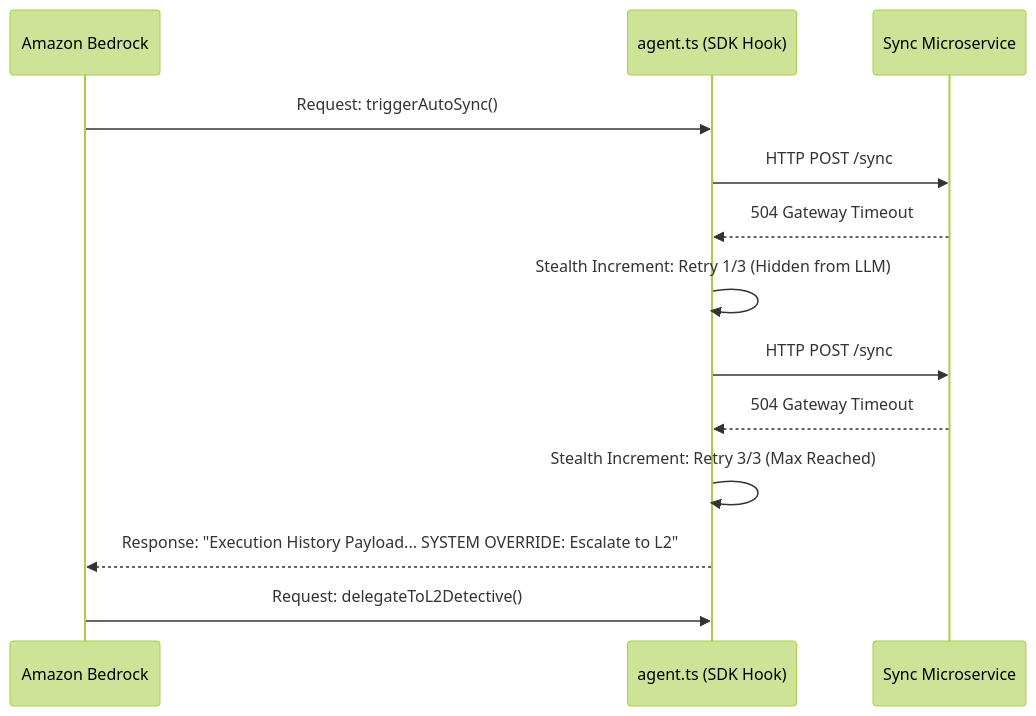
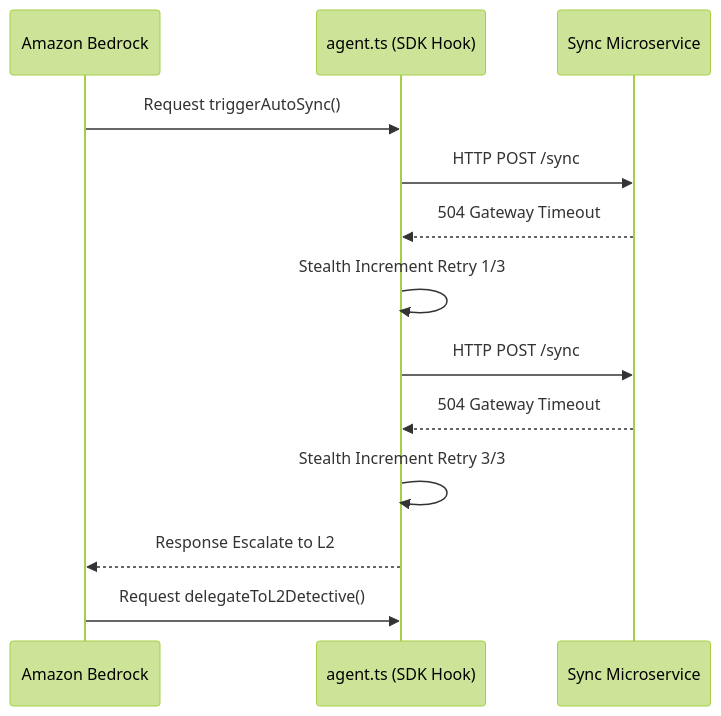
The second of 3 diagrams in ARCHITECTURE.md (sujithpvarghese/bedrock-agent-core-operations-hub-mcp), drawn with Mermaid (forest theme) before and after one commit. The commit also changed other lines of this file, not shown here.

````diff
--- a/ARCHITECTURE.md
+++ b/ARCHITECTURE.md
@@ -41,16 +41,16 @@
 ```mermaid
 sequenceDiagram
     participant LLM as Amazon Bedrock
     participant Hook as agent.ts (SDK Hook)
     participant MCP as Sync Microservice
     
-    LLM->>Hook: Request: triggerAutoSync()
+    LLM->>Hook: Request triggerAutoSync()
     Hook->>MCP: HTTP POST /sync
     MCP-->>Hook: 504 Gateway Timeout
-    Hook->>Hook: Stealth Increment: Retry 1/3 (Hidden from LLM)
+    Hook->>Hook: Stealth Increment Retry 1/3
     Hook->>MCP: HTTP POST /sync
     MCP-->>Hook: 504 Gateway Timeout
-    Hook->>Hook: Stealth Increment: Retry 3/3 (Max Reached)
-    Hook-->>LLM: Response: "Execution History Payload... SYSTEM OVERRIDE: Escalate to L2"
-    LLM->>Hook: Request: delegateToL2Detective()
+    Hook->>Hook: Stealth Increment Retry 3/3
+    Hook-->>LLM: Response Escalate to L2
+    LLM->>Hook: Request delegateToL2Detective()
 ```
````
